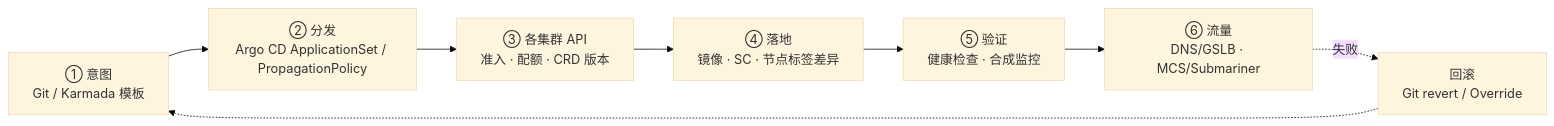
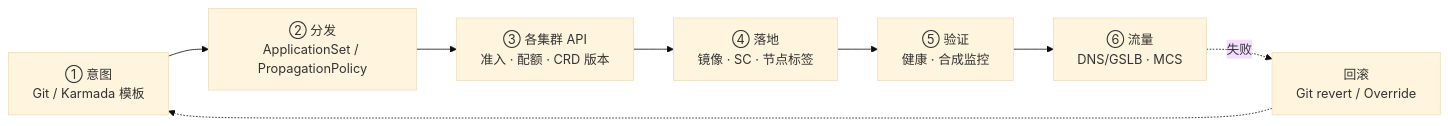
Before and after one commit to ml-cuizijun/LearnToLilith: the first of 4 diagrams in 03-Kubernetes/26-多集群与联邦/知识点.md, drawn with Mermaid (base theme). The commit also changed other lines of this file and 178 other files, not shown here.

````diff
--- a/03-Kubernetes/26-多集群与联邦/知识点.md
+++ b/03-Kubernetes/26-多集群与联邦/知识点.md
@@ -21,10 +15,10 @@
 ```mermaid
 flowchart LR
-    I["① 意图<br/>Git / Karmada 模板"] --> D["② 分发<br/>Argo CD ApplicationSet / PropagationPolicy"]
+    I["① 意图<br/>Git / Karmada 模板"] --> D["② 分发<br/>ApplicationSet / PropagationPolicy"]
     D --> A["③ 各集群 API<br/>准入 · 配额 · CRD 版本"]
-    A --> L["④ 落地<br/>镜像 · SC · 节点标签差异"]
-    L --> H["⑤ 验证<br/>健康检查 · 合成监控"]
-    H --> T["⑥ 流量<br/>DNS/GSLB · MCS/Submariner"]
+    A --> L["④ 落地<br/>镜像 · SC · 节点标签"]
+    L --> H["⑤ 验证<br/>健康 · 合成监控"]
+    H --> T["⑥ 流量<br/>DNS/GSLB · MCS"]
     T -.->|失败| R["回滚<br/>Git revert / Override"]
     R -.-> I
 ```
````
